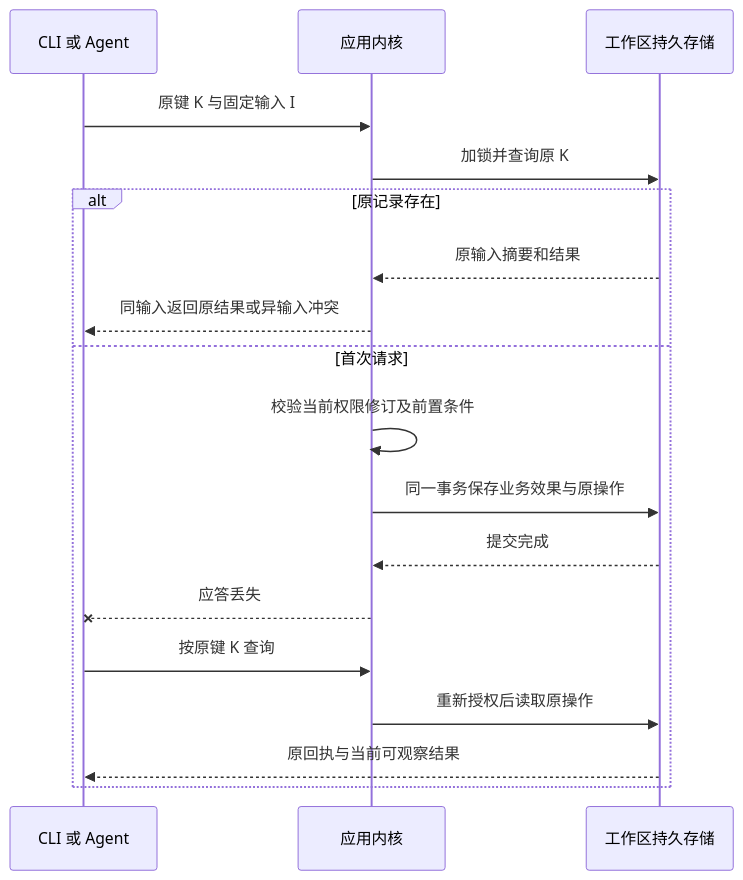
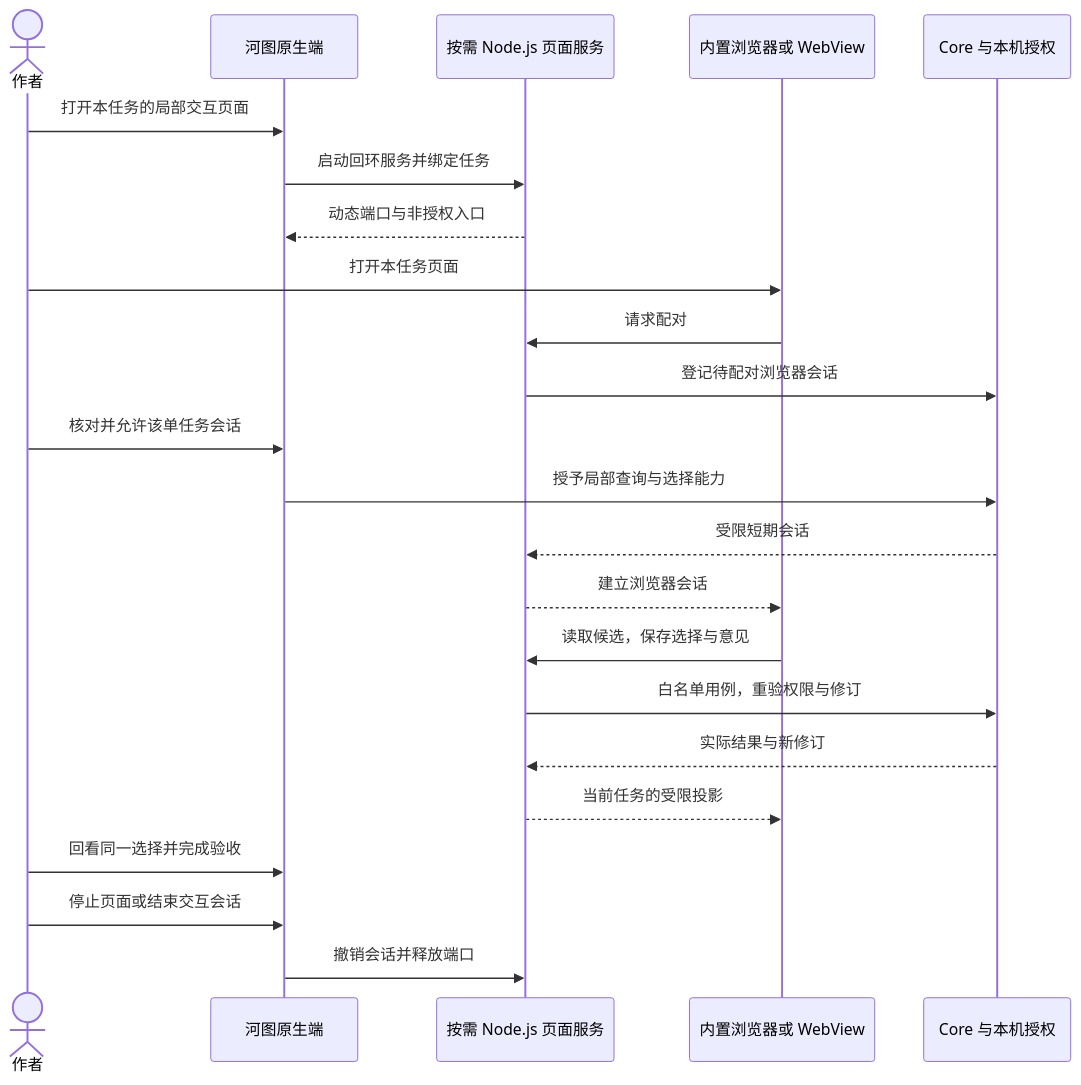
Before and after one commit to limecloud/hetu: the ninth of 33 diagrams in docs/23-业务流程与MCP时序.md, drawn with Mermaid. The commit also changed other lines of this file and 252 other files, not shown here.

````diff
--- a/docs/23-业务流程与MCP时序.md
+++ b/docs/23-业务流程与MCP时序.md
@@ -143,20 +247,25 @@
 ```mermaid
 sequenceDiagram
-    participant client as CLI 或 Agent
-    participant core as 应用内核
-    participant disk as 工作区持久存储
-    client->>core: 原键 K 与固定输入 I
-    core->>disk: 加锁并查询原 K
-    alt 原记录存在
-        disk-->>core: 原输入摘要和结果
-        core-->>client: 同输入返回原结果或异输入冲突
-    else 首次请求
-        core->>core: 校验当前权限修订及前置条件
-        core->>disk: 同一事务保存业务效果与原操作
-        disk-->>core: 提交完成
-        core--xclient: 应答丢失
-        client->>core: 按原键 K 查询
-        core->>disk: 重新授权后读取原操作
-        disk-->>client: 原回执与当前可观察结果
-    end
+    actor author as 作者
+    participant desktop as 河图原生端
+    participant node as 按需 Node.js 页面服务
+    participant browser as 内置浏览器或 WebView
+    participant core as Core 与本机授权
+    author->>desktop: 打开本任务的局部交互页面
+    desktop->>node: 启动回环服务并绑定任务
+    node-->>desktop: 动态端口与非授权入口
+    author->>browser: 打开本任务页面
+    browser->>node: 请求配对
+    node->>core: 登记待配对浏览器会话
+    author->>desktop: 核对并允许该单任务会话
+    desktop->>core: 授予局部查询与选择能力
+    core-->>node: 受限短期会话
+    node-->>browser: 建立浏览器会话
+    browser->>node: 读取候选，保存选择与意见
+    node->>core: 白名单用例，重验权限与修订
+    core-->>node: 实际结果与新修订
+    node-->>browser: 当前任务的受限投影
+    author->>desktop: 回看同一选择并完成验收
+    author->>desktop: 停止页面或结束交互会话
+    desktop->>node: 撤销会话并释放端口
 ```
````
